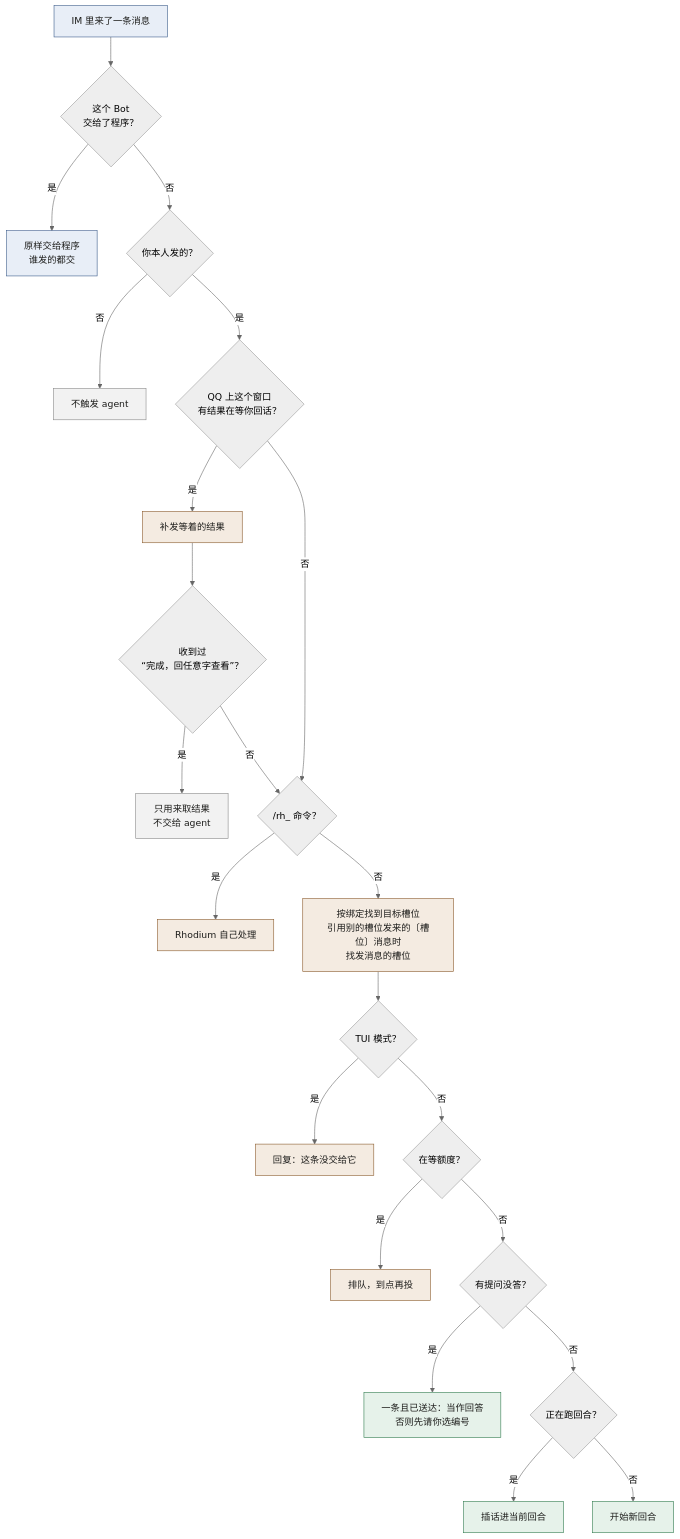
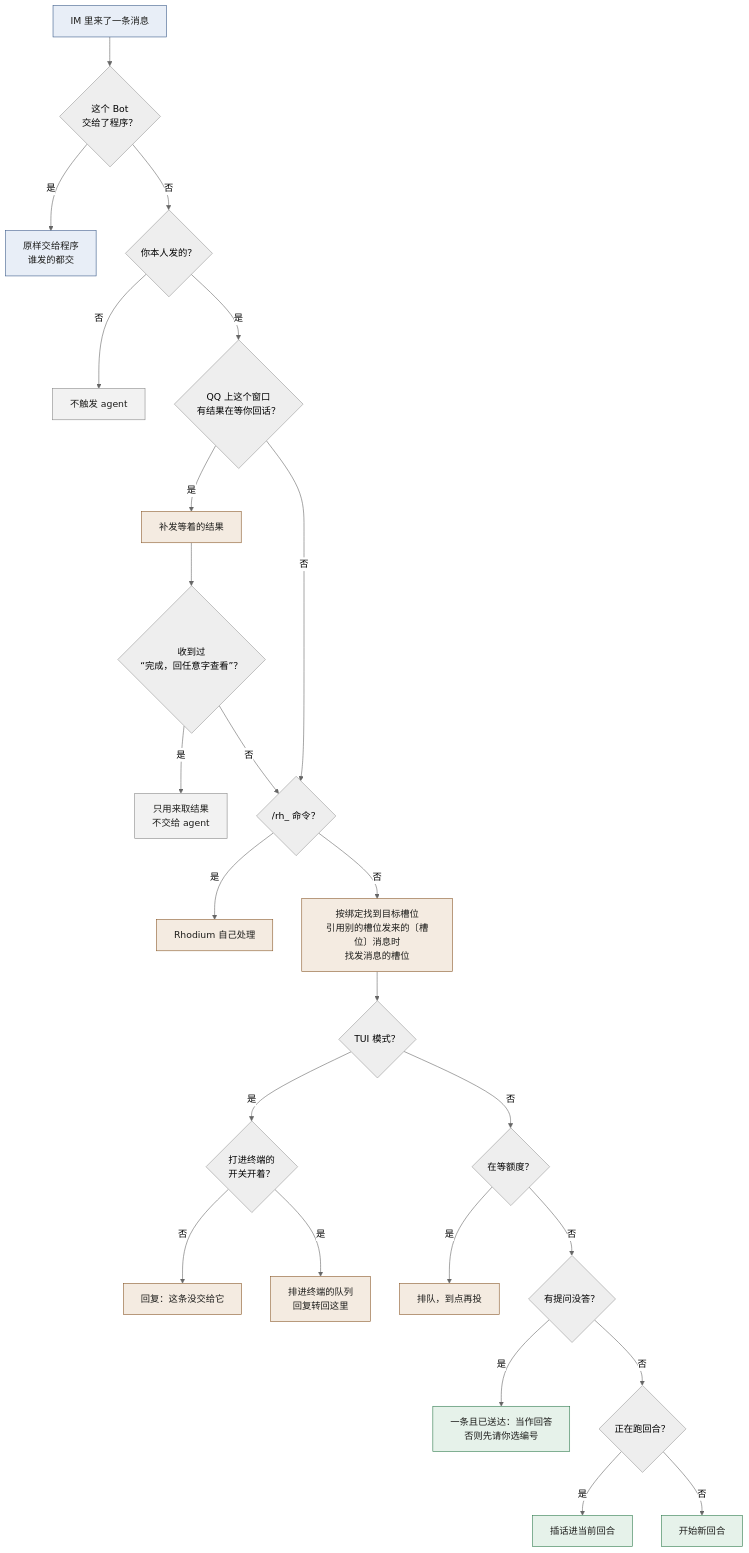
The fourth of 5 diagrams in docs/product.md (RhodiumTeam/Rhodium), drawn with Mermaid (neutral theme) before and after one commit. The commit also changed other lines of this file and 120 other files, not shown here.

````diff
--- a/docs/product.md
+++ b/docs/product.md
@@ -519,49 +725,53 @@
 ```mermaid
 flowchart TD
   classDef rh fill:#f4ebe1,stroke:#8a5a2b,color:#1d1d1b
   classDef agent fill:#e6f2ea,stroke:#2f7a4d,color:#1d1d1b
   classDef ext fill:#e8eef7,stroke:#3b5b8a,color:#1d1d1b
   classDef store fill:#f2f2f2,stroke:#888888,color:#1d1d1b
 
   M["IM 里来了一条消息"]:::ext
   P{"这个 Bot<br/>交给了程序？"}
   PA["原样交给程序<br/>谁发的都交"]:::ext
   O{"你本人发的？"}
   X["不触发 agent"]:::store
   H{"QQ 上这个窗口<br/>有结果在等你回话？"}
   HR["补发等着的结果"]:::rh
   HT{"收到过<br/>“完成，回任意字查看”？"}
   HX["只用来取结果<br/>不交给 agent"]:::store
   C{"/rh_ 命令？"}
   R["Rhodium 自己处理"]:::rh
   T["按绑定找到目标槽位<br/>引用别的槽位发来的〔槽位〕消息时<br/>找发消息的槽位"]:::rh
   S1{"TUI 模式？"}
+  SW{"打进终端的<br/>开关开着？"}
   TU["回复：这条没交给它"]:::rh
+  TY["排进终端的队列<br/>回复转回这里"]:::rh
   S2{"在等额度？"}
   RL["排队，到点再投"]:::rh
   S3{"有提问没答？"}
   NY["一条且已送达：当作回答<br/>否则先请你选编号"]:::agent
   S4{"正在跑回合？"}
   ST["插话进当前回合"]:::agent
   NEW["开始新回合"]:::agent
 
   M --> P
   P -- "是" --> PA
   P -- "否" --> O
   O -- "否" --> X
   O -- "是" --> H
   H -- "否" --> C
   H -- "是" --> HR --> HT
   HT -- "是" --> HX
   HT -- "否" --> C
   C -- "是" --> R
   C -- "否" --> T --> S1
-  S1 -- "是" --> TU
+  S1 -- "是" --> SW
+  SW -- "否" --> TU
+  SW -- "是" --> TY
   S1 -- "否" --> S2
   S2 -- "是" --> RL
   S2 -- "否" --> S3
   S3 -- "是" --> NY
   S3 -- "否" --> S4
   S4 -- "是" --> ST
   S4 -- "否" --> NEW
 ```
````
